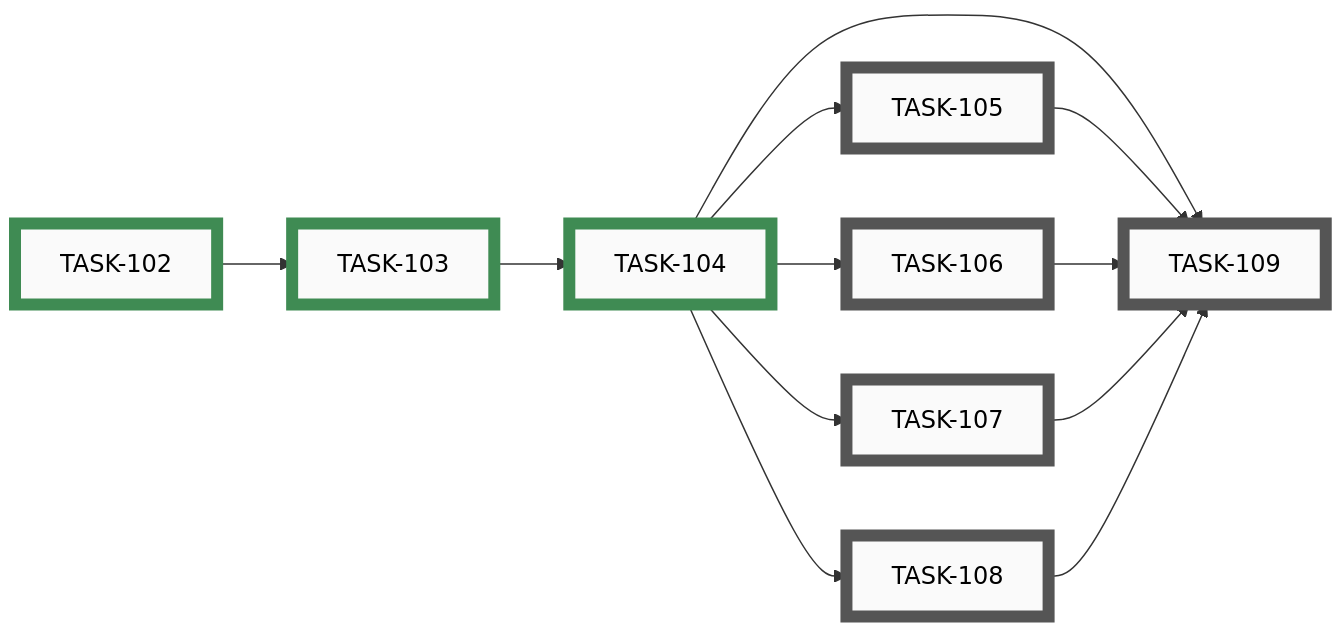
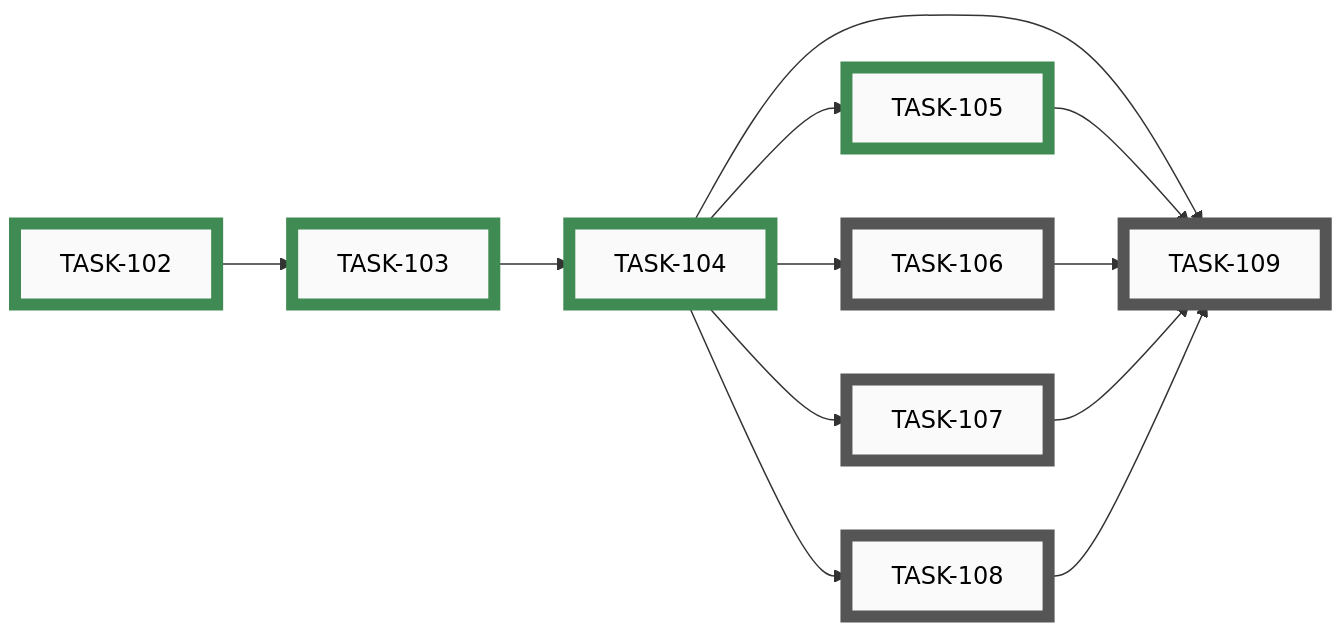
One commit to tgd1975/CircuitSmith changed diagram 13 of 15 in docs/developers/tasks/EPICS.md. Above: the diagram before and after it, drawn with Mermaid. The commit also changed other lines of this file and 18 other files, not shown here.

````diff
--- a/docs/developers/tasks/EPICS.md
+++ b/docs/developers/tasks/EPICS.md
@@ -787,38 +787,38 @@
 ```mermaid
 graph LR
-    TASK_105["TASK-105"]:::open
     TASK_106["TASK-106"]:::open
     TASK_107["TASK-107"]:::open
     TASK_108["TASK-108"]:::open
     TASK_109["TASK-109"]:::open
     TASK_102["TASK-102"]:::closed
     TASK_103["TASK-103"]:::closed
     TASK_104["TASK-104"]:::closed
-    TASK_104 --> TASK_105
+    TASK_105["TASK-105"]:::closed
     TASK_104 --> TASK_106
     TASK_104 --> TASK_107
     TASK_104 --> TASK_108
     TASK_104 --> TASK_109
     TASK_105 --> TASK_109
     TASK_106 --> TASK_109
     TASK_107 --> TASK_109
     TASK_108 --> TASK_109
     TASK_102 --> TASK_103
     TASK_103 --> TASK_104
-    click TASK_105 "open/task-105-cross-reference-audit.md"
+    TASK_104 --> TASK_105
     click TASK_106 "open/task-106-tutorial-alignment-with-epic-012.md"
     click TASK_107 "open/task-107-test-plan-alignment-with-epic-011.md"
     click TASK_108 "open/task-108-annotate-idea-001-dossier.md"
     click TASK_109 "open/task-109-final-pass-readme-and-entry-points.md"
     click TASK_102 "closed/task-102-inventory-all-markdown-docs.md"
     click TASK_103 "closed/task-103-drift-sweep-stale-claims.md"
     click TASK_104 "closed/task-104-voice-unification-rewrite.md"
+    click TASK_105 "closed/task-105-cross-reference-audit.md"
     classDef open    fill:#FAFAFA,stroke:#555,stroke-width:8px,color:#000
     classDef active  fill:#FAFAFA,stroke:#1A6FA8,stroke-width:8px,color:#000
     classDef closed  fill:#FAFAFA,stroke:#3F8B53,stroke-width:8px,color:#000
     classDef paused  fill:#FAFAFA,stroke:#B07810,stroke-width:8px,color:#000
     classDef openExt    fill:#000,stroke:#888,stroke-width:8px,color:#FFF
     classDef activeExt  fill:#000,stroke:#3FA9F5,stroke-width:8px,color:#FFF
     classDef closedExt  fill:#000,stroke:#7CC68A,stroke-width:8px,color:#FFF
     classDef pausedExt  fill:#000,stroke:#F0B030,stroke-width:8px,color:#FFF
 ```
````
